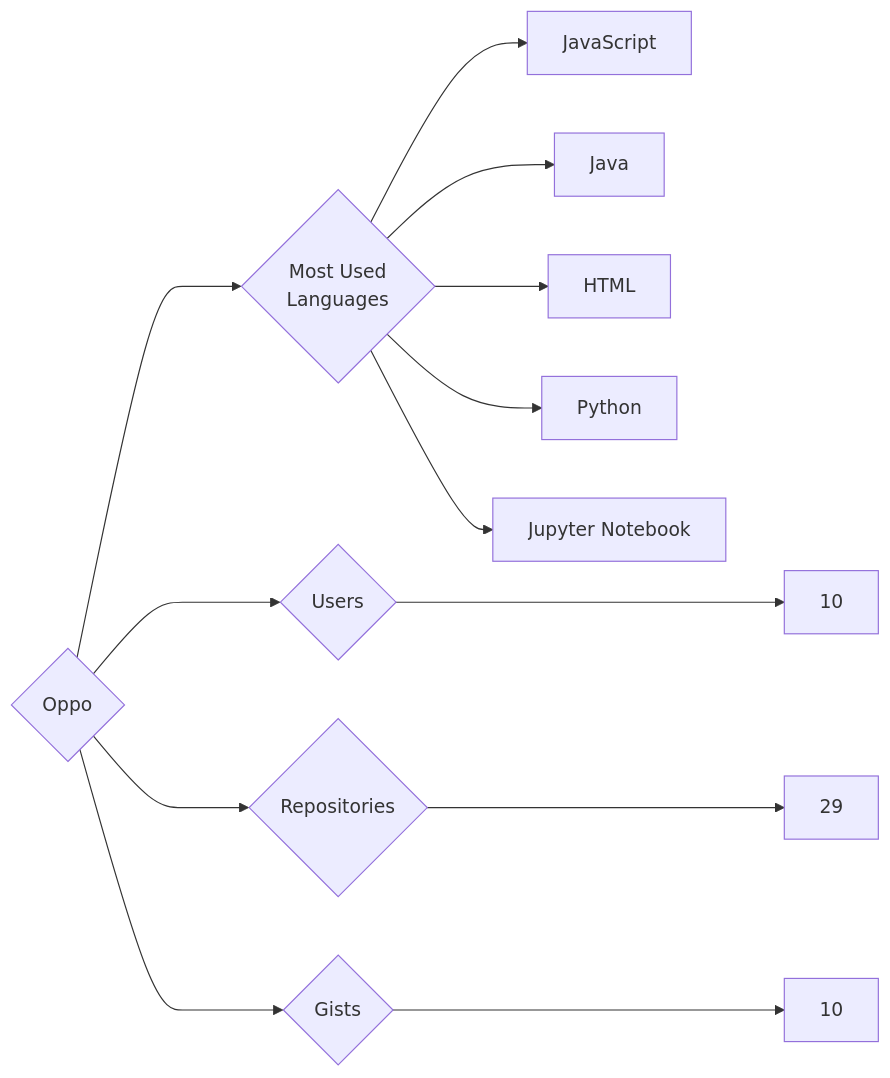
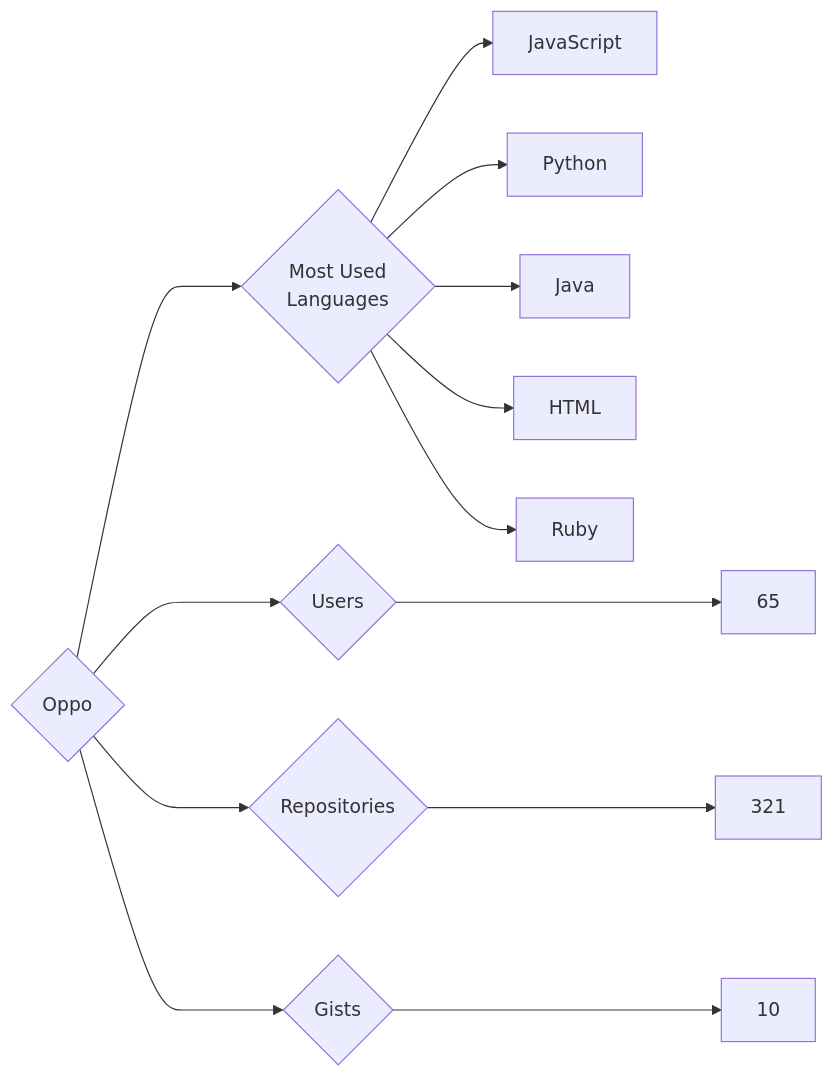
The diagram in targets/Oppo/README.md (trickest/insiders), drawn with Mermaid before and after one commit. The commit also changed 895 other files, not shown here.

````diff
--- a/targets/Oppo/README.md
+++ b/targets/Oppo/README.md
@@ -3,13 +3,13 @@
 ```mermaid
 graph LR
 COMPANY_NAME{Oppo}
-COMPANY_NAME ---> U{Users} ---> UN[10]
-COMPANY_NAME ---> R{Repositories} ---> RN[29]
+COMPANY_NAME ---> U{Users} ---> UN[65]
+COMPANY_NAME ---> R{Repositories} ---> RN[321]
 COMPANY_NAME ---> G{Gists} ---> GN[10]
 COMPANY_NAME ---> ML{Most Used<br>Languages}
 ML --> JavaScript[JavaScript]
+ML --> Python[Python]
 ML --> Java[Java]
 ML --> HTML[HTML]
-ML --> Python[Python]
-ML --> Jupyter_Notebook[Jupyter Notebook]
+ML --> Ruby[Ruby]
 ```
````
